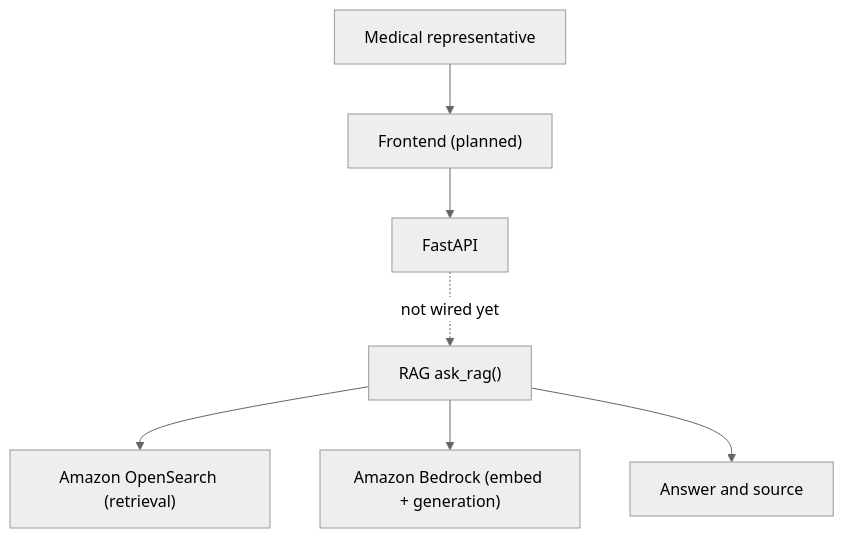
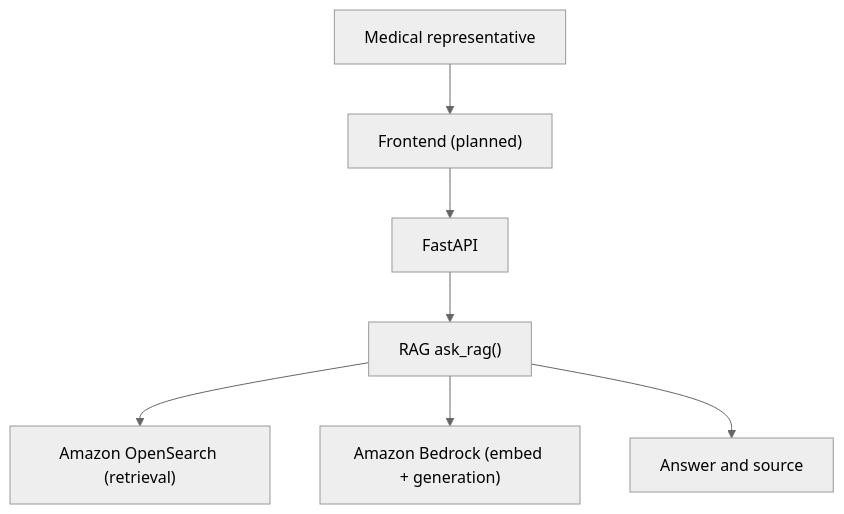
The diagram in docs/technical/architecture.md (kaushanj/medrep-ai), drawn with Mermaid (neutral theme) before and after one commit. The commit also changed other lines of this file and 3 other files, not shown here.

````diff
--- a/docs/technical/architecture.md
+++ b/docs/technical/architecture.md
@@ -9,17 +9,17 @@
 ```mermaid
 flowchart TD
     rep[Medical representative]
     frontend["Frontend (planned)"]
     api[FastAPI]
     rag["RAG ask_rag()"]
     opensearch["Amazon OpenSearch (retrieval)"]
     bedrock["Amazon Bedrock (embed + generation)"]
     result[Answer and source]
 
     rep --> frontend
     frontend --> api
-    api -.->|"not wired yet"| rag
+    api --> rag
     rag --> opensearch
     rag --> bedrock
     rag --> result
 ```
````
